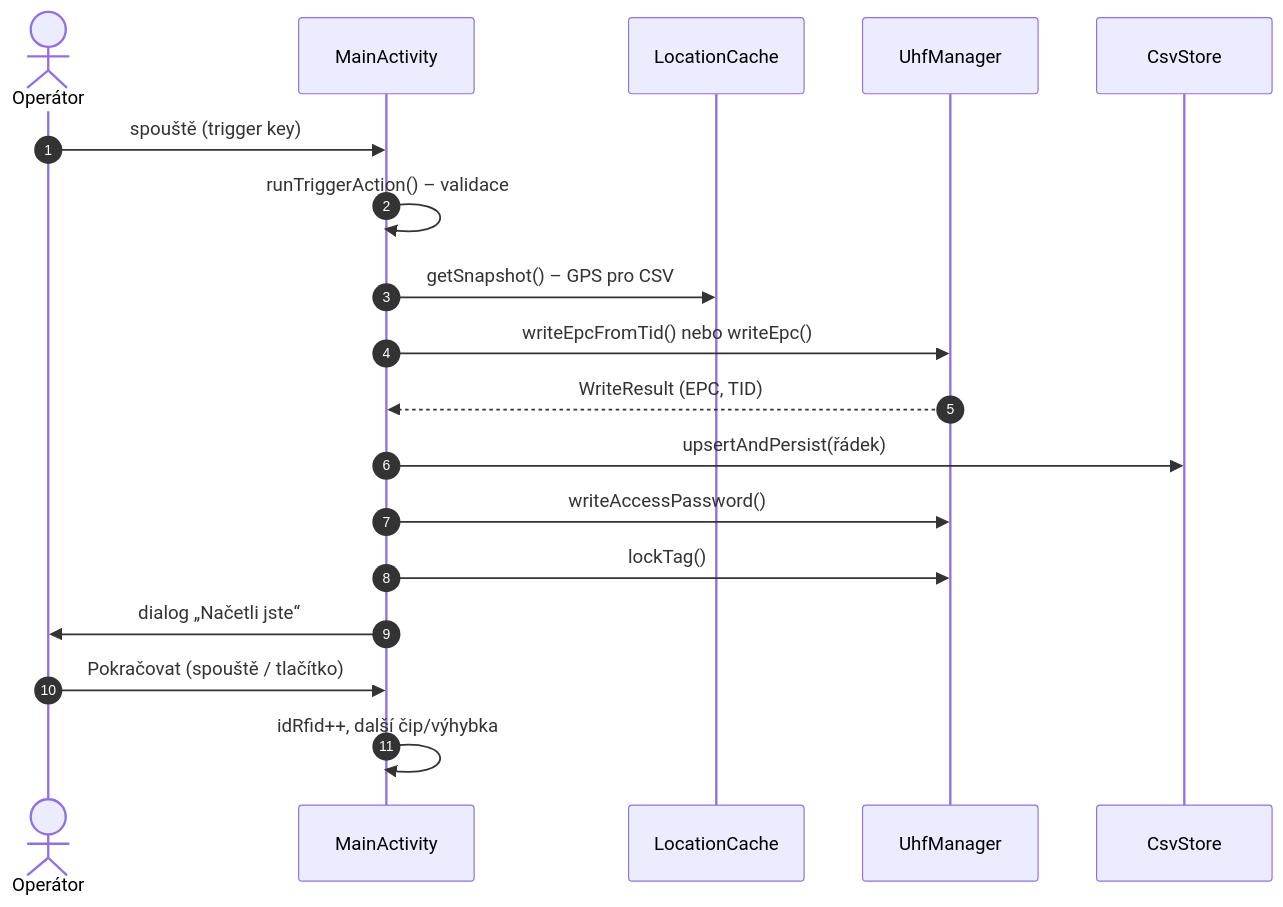
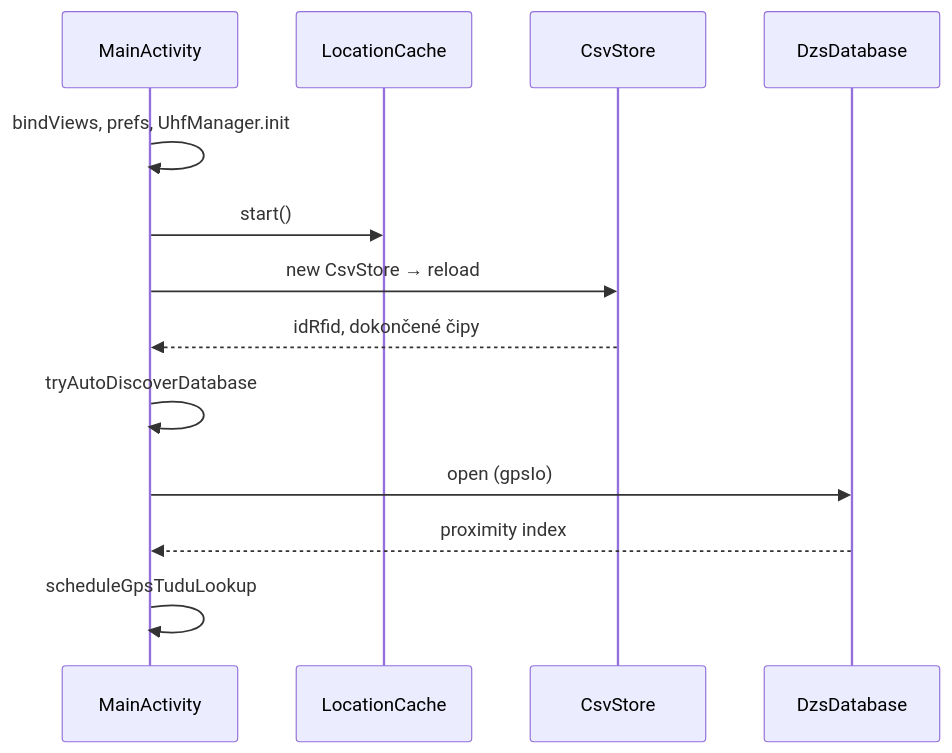
One commit to tofiapp/rfid_go_gps changed the fifth of 8 diagrams in docs/prirucka-vyvojare.md. Above: the diagram before and after it, drawn with Mermaid. The commit also changed other lines of this file and 3 other files, not shown here.

````diff
--- a/docs/prirucka-vyvojare.md
+++ b/docs/prirucka-vyvojare.md
@@ -65,21 +220,16 @@
 ```mermaid
 sequenceDiagram
-    autonumber
-    actor Op as Operátor
     participant MA as MainActivity
     participant LOC as LocationCache
-    participant UHF as UhfManager
     participant CSV as CsvStore
+    participant DZS as DzsDatabase
 
-    Op->>MA: spouště (trigger key)
-    MA->>MA: runTriggerAction() – validace
-    MA->>LOC: getSnapshot() – GPS pro CSV
-    MA->>UHF: writeEpcFromTid() nebo writeEpc()
-    UHF-->>MA: WriteResult (EPC, TID)
-    MA->>CSV: upsertAndPersist(řádek)
-    MA->>UHF: writeAccessPassword()
-    MA->>UHF: lockTag()
-    MA->>Op: dialog „Načetli jste“
-    Op->>MA: Pokračovat (spouště / tlačítko)
-    MA->>MA: idRfid++, další čip/výhybka
+    MA->>MA: bindViews, prefs, UhfManager.init
+    MA->>LOC: start()
+    MA->>CSV: new CsvStore → reload
+    CSV-->>MA: idRfid, dokončené čipy
+    MA->>MA: tryAutoDiscoverDatabase
+    MA->>DZS: open (gpsIo)
+    DZS-->>MA: proximity index
+    MA->>MA: scheduleGpsTuduLookup
 ```
````
